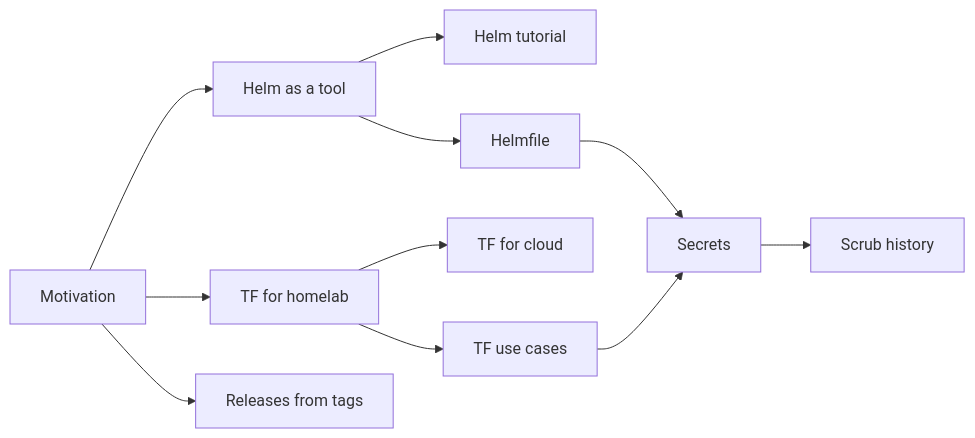
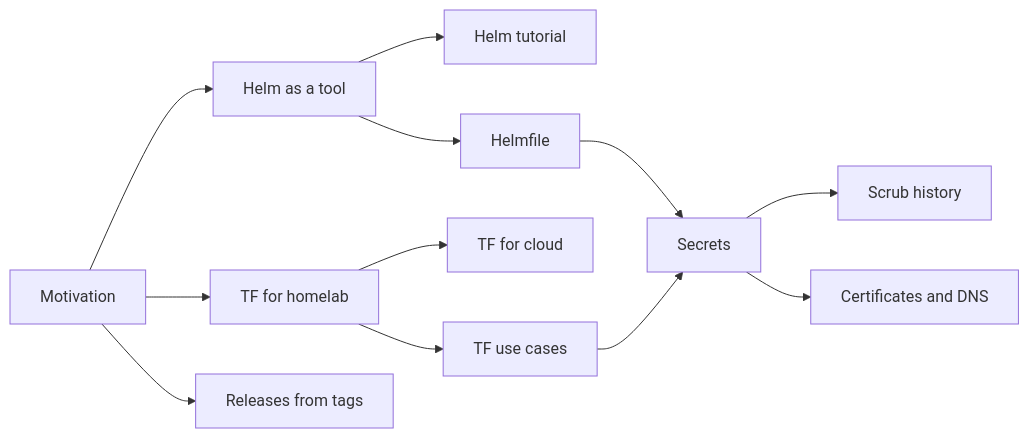
One commit to bvraghav/homelab changed the diagram in docs/blog/MANIFEST.md. Above: the diagram before and after it, drawn with Mermaid. The commit also changed other lines of this file and 2 other files, not shown here.

First line of the commit message:
Add a tutorial on certificates and DNS, from a blank box

````diff
--- a/docs/blog/MANIFEST.md
+++ b/docs/blog/MANIFEST.md
@@ -23,13 +23,14 @@
 ```mermaid
 flowchart LR
   M[Motivation] --> H[Helm as a tool]
   H --> HT[Helm tutorial]
   H --> HF[Helmfile]
   M --> T1[TF for homelab]
   T1 --> T2[TF for cloud]
   T1 --> T3[TF use cases]
   T3 --> S[Secrets]
   S --> SH[Scrub history]
   M --> RW[Releases from tags]
   HF --> S
+  S --> CD[Certificates and DNS]
 ```
````
